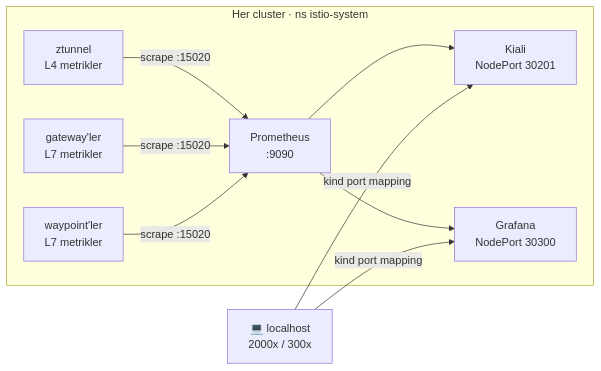
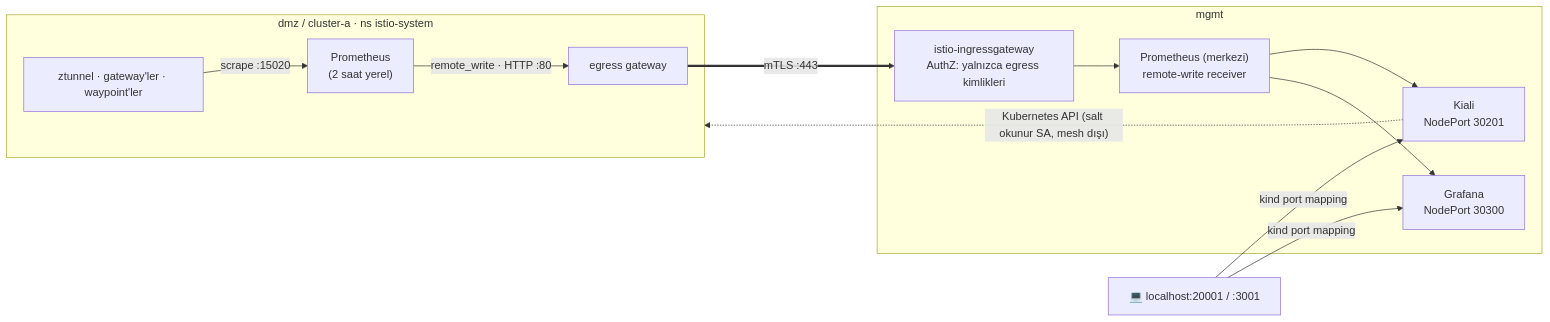
Before and after one commit to olgunyldz/service-mesh-lab: the eighth of 10 diagrams in README.md, drawn with Mermaid. The commit also changed other lines of this file and 16 other files, not shown here.

First line of the commit message:
Management cluster ve merkezi gözlemlenebilirlik

````diff
--- a/README.md
+++ b/README.md
@@ -421,18 +425,17 @@
 ```mermaid
 flowchart LR
-    subgraph cluster["Her cluster · ns istio-system"]
-        zt["ztunnel<br/>L4 metrikler"]
-        gw["gateway'ler<br/>L7 metrikler"]
-        wp["waypoint'ler<br/>L7 metrikler"]
-        prom["Prometheus<br/>:9090"]
-        kiali["Kiali<br/>NodePort 30201"]
-        graf["Grafana<br/>NodePort 30300"]
-        zt -->|scrape :15020| prom
-        gw -->|scrape :15020| prom
-        wp -->|scrape :15020| prom
-        prom --> kiali
-        prom --> graf
+    subgraph D["dmz / cluster-a · ns istio-system"]
+        zt["ztunnel · gateway'ler · waypoint'ler"] -->|scrape :15020| p["Prometheus<br/>(2 saat yerel)"]
+        p -->|"remote_write · HTTP :80"| eg["egress gateway"]
     end
-    host["💻 localhost<br/>2000x / 300x"] -->|kind port mapping| kiali
-    host -->|kind port mapping| graf
+    subgraph M["mgmt"]
+        mgw["istio-ingressgateway<br/>AuthZ: yalnızca egress kimlikleri"]
+        cp["Prometheus (merkezi)<br/>remote-write receiver"]
+        k["Kiali<br/>NodePort 30201"]
+        g["Grafana<br/>NodePort 30300"]
+        mgw --> cp --> k & g
+    end
+    eg ==>|"mTLS :443"| mgw
+    k -.->|"Kubernetes API (salt okunur SA, mesh dışı)"| D
+    host["💻 localhost:20001 / :3001"] -->|kind port mapping| k & g
 ```
````
